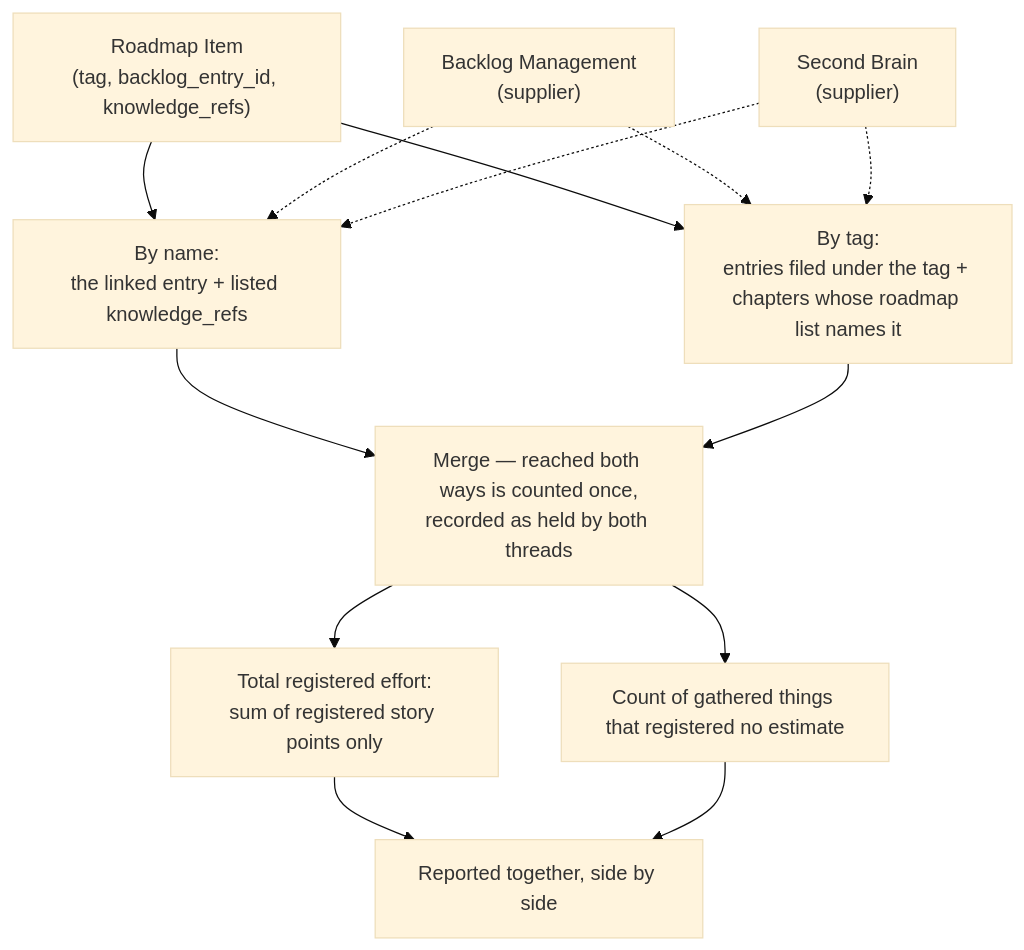
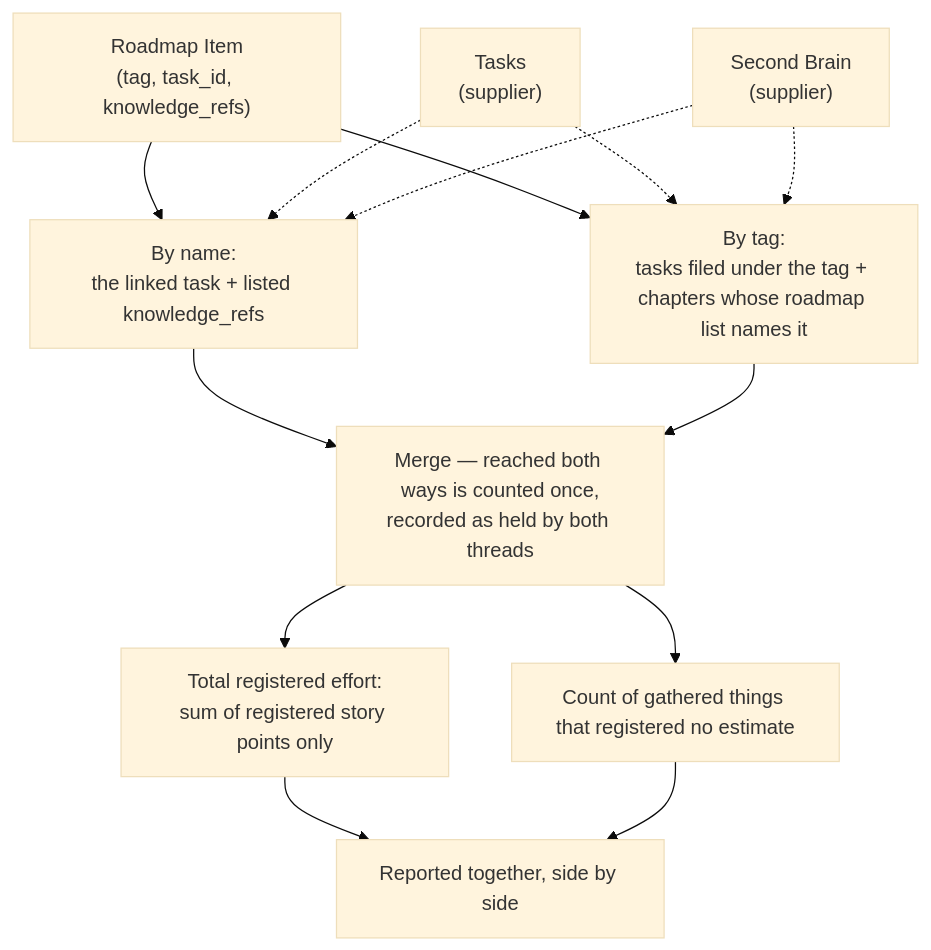
The fourth of 4 diagrams in .domain/roadmap/flow.md (JSdotNet/Backlog), drawn with Mermaid (base theme) before and after one commit. The commit also changed other lines of this file and 364 other files, not shown here.

````diff
--- a/.domain/roadmap/flow.md
+++ b/.domain/roadmap/flow.md
@@ -107,16 +107,16 @@
 ```mermaid
 flowchart TD
-    Item["Roadmap Item<br/>(tag, backlog_entry_id, knowledge_refs)"]
-    Item --> Named["By name:<br/>the linked entry + listed knowledge_refs"]
-    Item --> Tagged["By tag:<br/>entries filed under the tag + chapters whose roadmap list names it"]
-    Backlog["Backlog Management<br/>(supplier)"] -.-> Tagged
-    Backlog -.-> Named
+    Item["Roadmap Item<br/>(tag, task_id, knowledge_refs)"]
+    Item --> Named["By name:<br/>the linked task + listed knowledge_refs"]
+    Item --> Tagged["By tag:<br/>tasks filed under the tag + chapters whose roadmap list names it"]
+    Tasks["Tasks<br/>(supplier)"] -.-> Tagged
+    Tasks -.-> Named
     Brain["Second Brain<br/>(supplier)"] -.-> Tagged
     Brain -.-> Named
     Named --> Dedup["Merge — reached both ways is counted once,<br/>recorded as held by both threads"]
     Tagged --> Dedup
     Dedup --> Total["Total registered effort:<br/>sum of registered story points only"]
     Dedup --> Unestimated["Count of gathered things that registered no estimate"]
     Total --> Report["Reported together, side by side"]
     Unestimated --> Report
 ```
````
